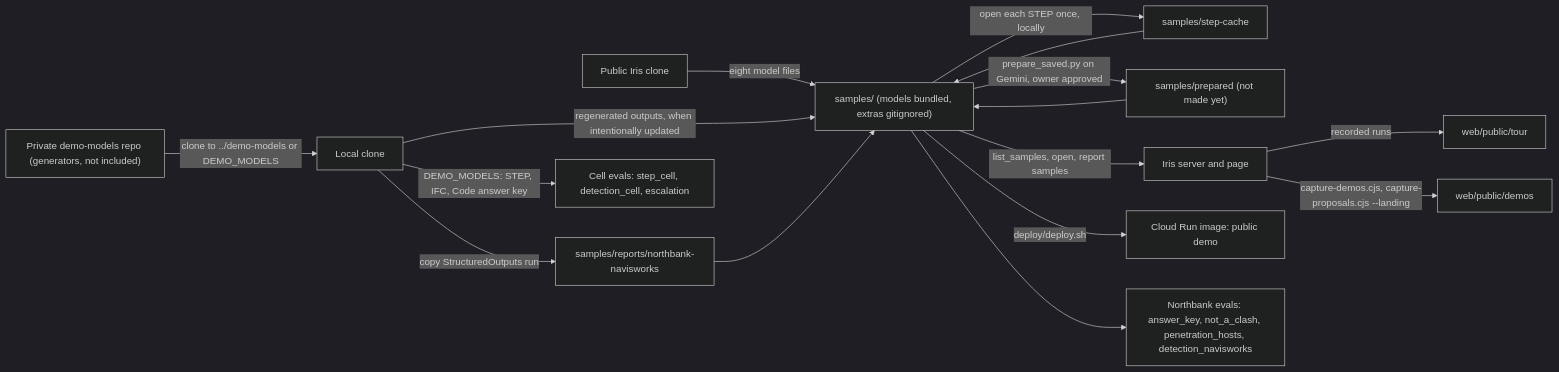
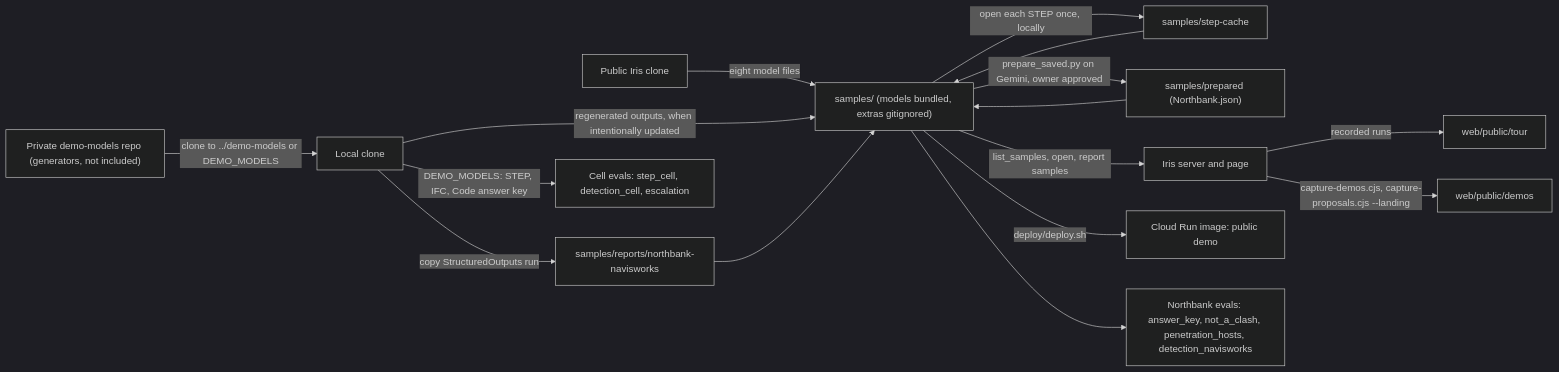
Before and after one commit to Saravana-Rajan/IRIS: the diagram in docs/architecture/19-demo-data.md, drawn with Mermaid (dark theme). The commit also changed other lines of this file and 5 other files, not shown here.

````diff
--- a/docs/architecture/19-demo-data.md
+++ b/docs/architecture/19-demo-data.md
@@ -275,18 +275,18 @@
 ```mermaid
 flowchart LR
   repo["Private demo-models repo (generators, not included)"] -->|"clone to ../demo-models or DEMO_MODELS"| clone["Local clone"]
   publicRepo["Public Iris clone"] -->|"eight model files"| samples["samples/ (models bundled, extras gitignored)"]
   clone -->|"regenerated outputs, when intentionally updated"| samples
   clone -->|"copy StructuredOutputs run"| reportsDir["samples/reports/northbank-navisworks"]
   reportsDir --> samples
   samples -->|"open each STEP once, locally"| cache["samples/step-cache"]
   cache --> samples
-  samples -->|"prepare_saved.py on Gemini, owner approved"| prepared["samples/prepared (not made yet)"]
+  samples -->|"prepare_saved.py on Gemini, owner approved"| prepared["samples/prepared (Northbank.json)"]
   prepared --> samples
   samples -->|"list_samples, open, report samples"| app["Iris server and page"]
   samples -->|"deploy/deploy.sh"| image["Cloud Run image: public demo"]
   clone -->|"DEMO_MODELS: STEP, IFC, Code answer key"| cellEvals["Cell evals: step_cell, detection_cell, escalation"]
   samples --> nbEvals["Northbank evals: answer_key, not_a_clash, penetration_hosts, detection_navisworks"]
   app -->|"recorded runs"| tour["web/public/tour"]
   app -->|"capture-demos.cjs, capture-proposals.cjs --landing"| pics["web/public/demos"]
 ```
````
